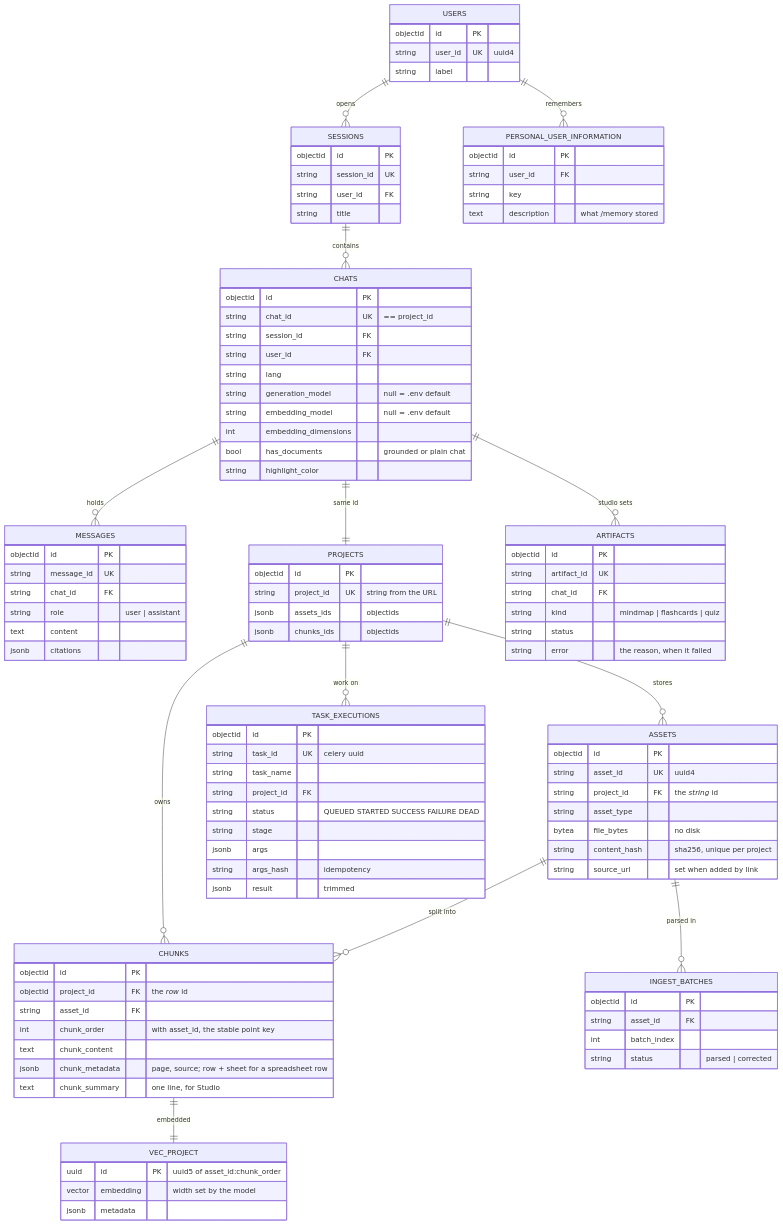
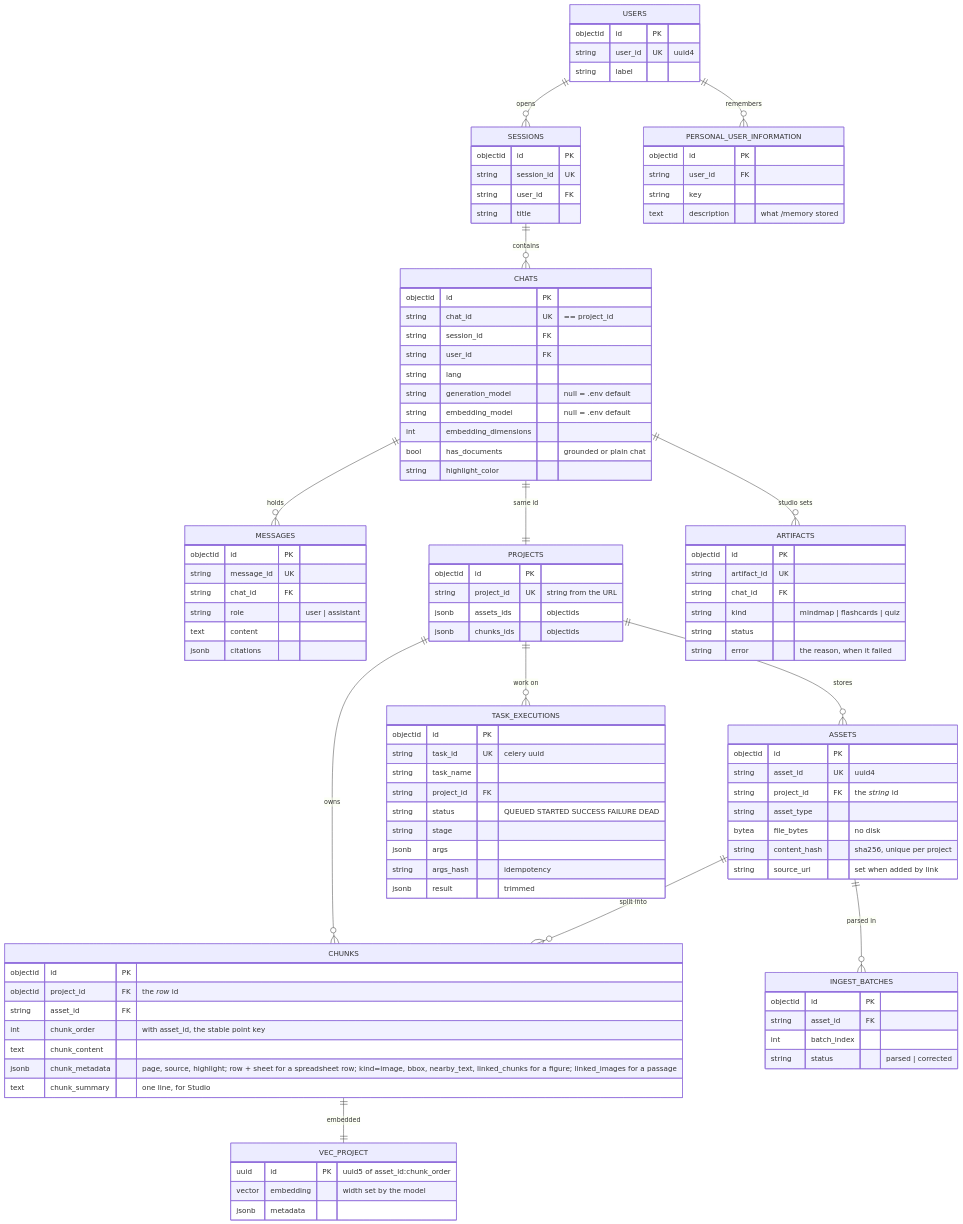
Before and after one commit to omarTBakr/notebookllm-minus: the fifth of 5 diagrams in README.md, drawn with Mermaid. The commit also changed other lines of this file, not shown here.

Commit message:
README: pictures as sources and figure links

```diff
--- a/README.md
+++ b/README.md
@@ -714,7 +750,7 @@
         string asset_id FK
         int chunk_order "with asset_id, the stable point key"
         text chunk_content
-        jsonb chunk_metadata "page, source; row + sheet for a spreadsheet row"
+        jsonb chunk_metadata "page, source, highlight; row + sheet for a spreadsheet row; kind=image, bbox, nearby_text, linked_chunks for a figure; linked_images for a passage"
         text chunk_summary "one line, for Studio"
     }
     TASK_EXECUTIONS {
```
